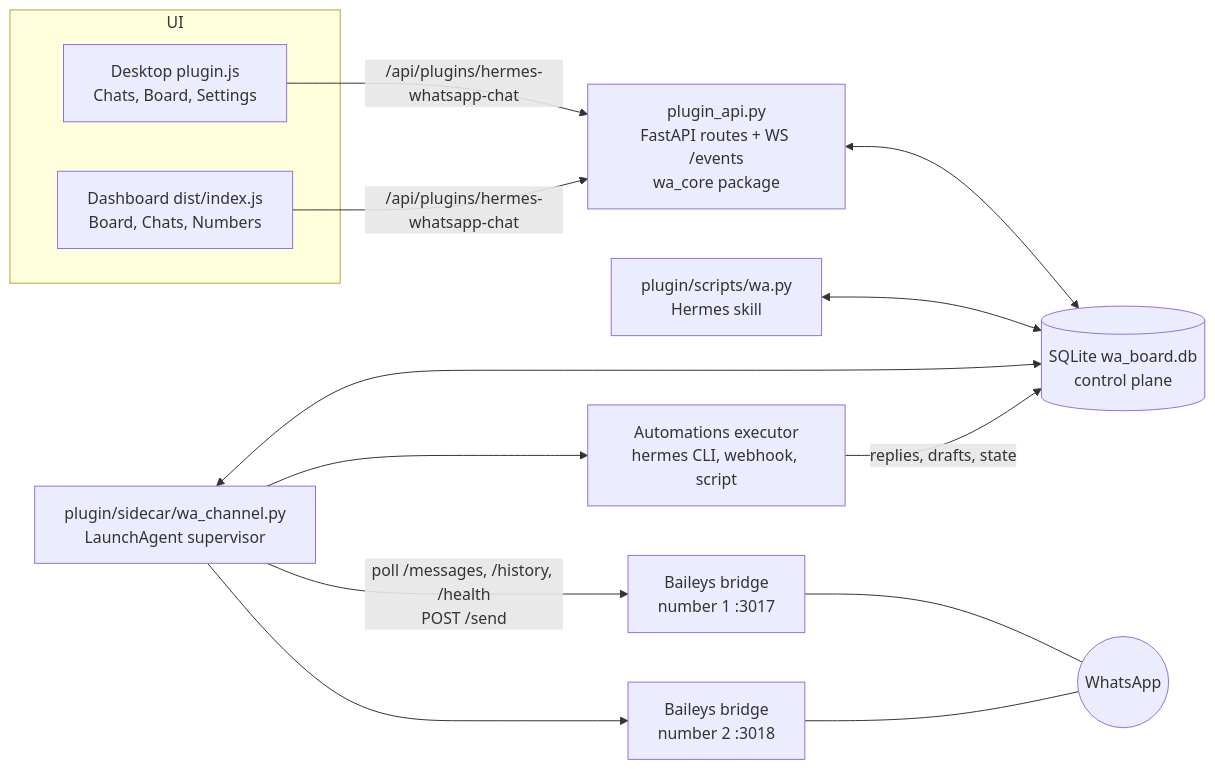
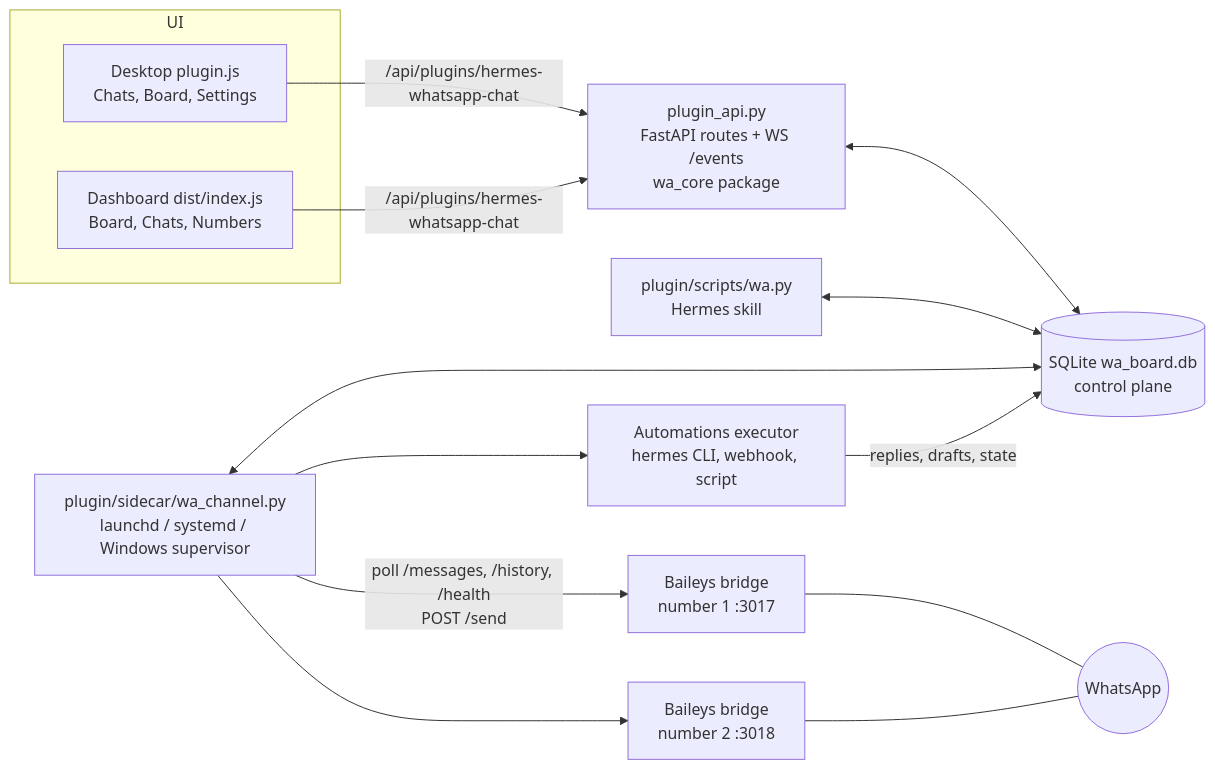
One commit to singleflo/hermes-whatsapp-chat changed the diagram in README.md. Above: the diagram before and after it, drawn with Mermaid. The commit also changed other lines of this file and 8 other files, not shown here.

Commit message:
Follow the active Hermes connection; self-installing channel service on macOS, Linux and Windows

````diff
--- a/README.md
+++ b/README.md
@@ -140,25 +140,25 @@
 ```mermaid
 flowchart LR
   subgraph UI
     D[Desktop plugin.js<br/>Chats, Board, Settings]
     W[Dashboard dist/index.js<br/>Board, Chats, Numbers]
   end
   API[plugin_api.py<br/>FastAPI routes + WS /events<br/>wa_core package]
   DB[(SQLite wa_board.db<br/>control plane)]
-  S[plugin/sidecar/wa_channel.py<br/>LaunchAgent supervisor]
+  S[plugin/sidecar/wa_channel.py<br/>launchd / systemd / Windows supervisor]
   B1[Baileys bridge<br/>number 1 :3017]
   B2[Baileys bridge<br/>number 2 :3018]
   A[Automations executor<br/>hermes CLI, webhook, script]
   CLI[plugin/scripts/wa.py<br/>Hermes skill]
   D -->|/api/plugins/hermes-whatsapp-chat| API
   W -->|/api/plugins/hermes-whatsapp-chat| API
   API <--> DB
   CLI <--> DB
   S <--> DB
   S -->|poll /messages, /history, /health<br/>POST /send| B1
   S --> B2
   S --> A
   A -->|replies, drafts, state| DB
   B1 --- WA((WhatsApp))
   B2 --- WA
 ```
````
